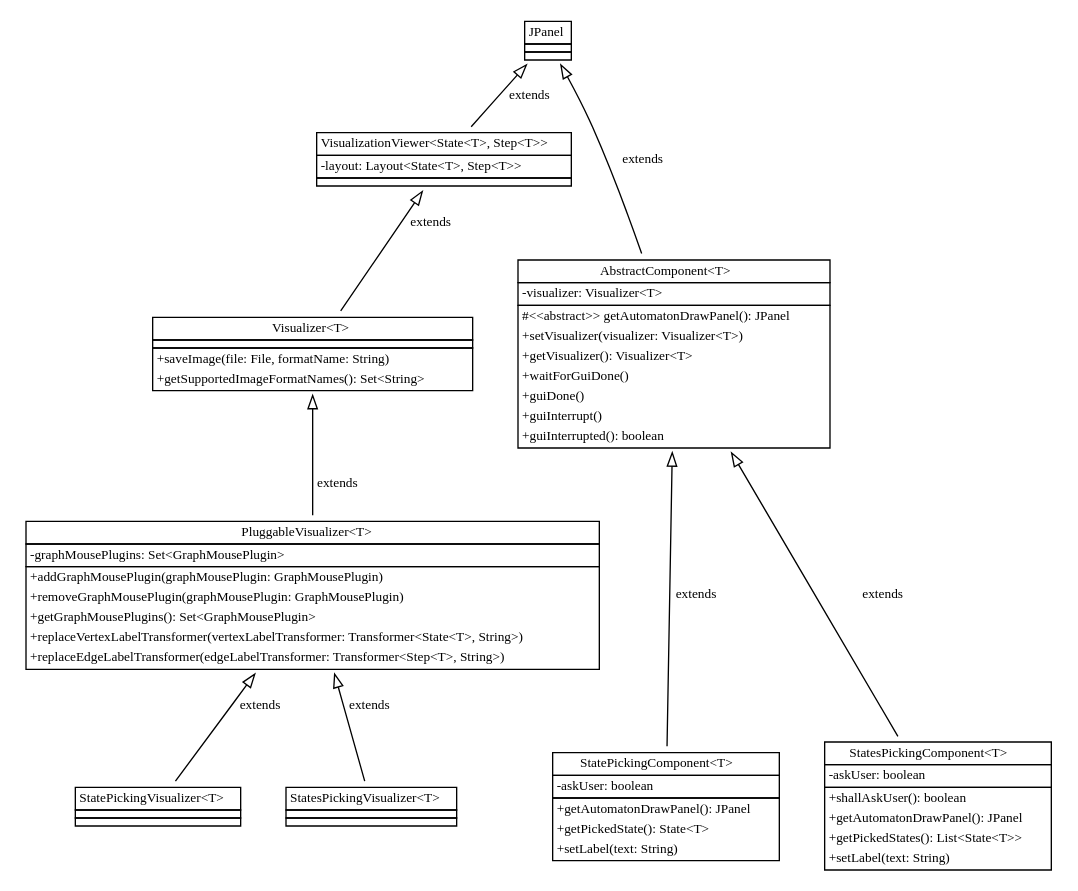
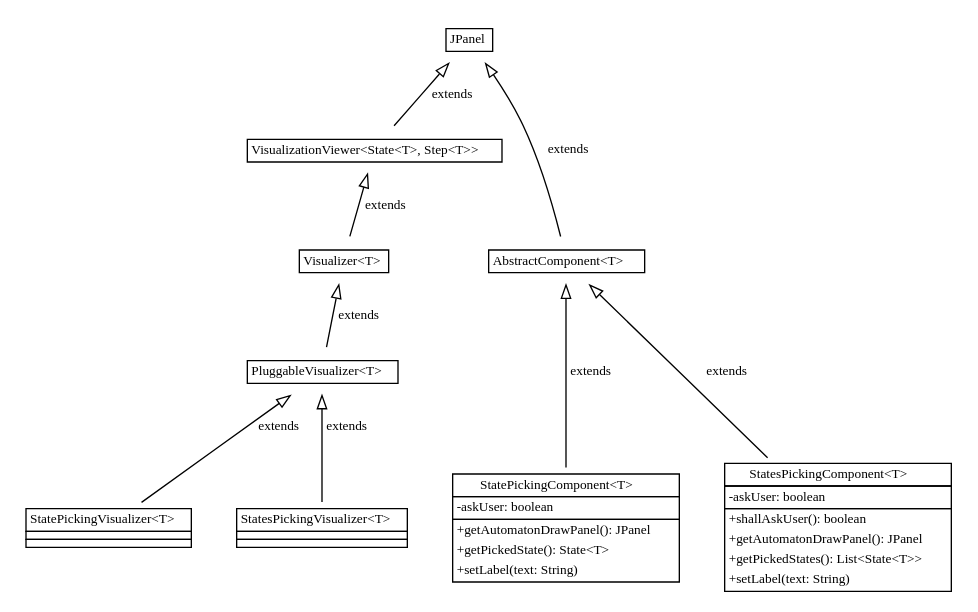
Before and after one commit to otmarjr/jInfer-fork: the diagram in doc/jInfer/autoeditor/uml_derived_classes.gv, drawn with Graphviz. The commit also changed 6 other files, not shown here.

```diff
--- a/doc/jInfer/autoeditor/uml_derived_classes.gv
+++ b/doc/jInfer/autoeditor/uml_derived_classes.gv
@@ -1,175 +1,130 @@
 digraph uml_basic_full {
 	rankdir = BT;
 	node [shape = rectangle, fontname = "TeXGyrePagella-Regular", fontsize = 10];
 	edge [fontname = "TeXGyrePagella-Regular", fontsize = 10, arrowhead = empty];
 
 {
 	rank = same;
 
 	JPanel [shape = plaintext, label = <
 	<table cellspacing="0" cellborder="1" border="0">
 		<tr><td>
 			<font face="TeXGyrePagella-Bold" point-size="10">JPanel</font>
 		</td></tr>
-		<tr><td></td></tr>
-		<tr><td></td></tr>
 	</table>>];
 }
 
 {
 	rank = same;
 
 	VisualizationViewer [shape = plaintext, label = <
 	<table cellspacing="0" cellborder="1" border="0">
 		<tr><td>
 			<font face="TeXGyrePagella-Bold" point-size="10">VisualizationViewer&lt;State&lt;T&gt;, Step&lt;T&gt;&gt;</font>
 		</td></tr>
-		<tr><td cellpadding="0">
-			<table cellspacing="0" cellborder="0" border="0">
-				<tr><td align="left"><font face="SFTT1000">-layout: Layout&lt;State&lt;T&gt;, Step&lt;T&gt;&gt;</font></td></tr>
-			</table>
-		</td></tr>
-		<tr><td></td></tr>
 	</table>>];
 }
 
 {
 	rank = same;
 
 	Visualizer [shape = plaintext, label = <
 	<table cellspacing="0" cellborder="1" border="0">
 		<tr><td>
-			<font face="TeXGyrePagella-BoldItalic" point-size="10">Visualizer&lt;T&gt;</font>
-		</td></tr>
-		<tr><td></td></tr>
-		<tr><td cellpadding="0">
-			<table cellspacing="0" cellborder="0" border="0">
-				<tr><td align="left"><font face="SFTT1000">+saveImage(file: File, formatName: String)</font></td></tr>
-				<tr><td align="left"><font face="SFTT1000">+getSupportedImageFormatNames(): Set&lt;String&gt;</font></td></tr>
-			</table>
+			<font face="TeXGyrePagella-Bold" point-size="10">Visualizer&lt;T&gt;</font>
 		</td></tr>
 	</table>>];
 	
 	AbstractComponent [shape = plaintext, label = <
 	<table cellspacing="0" cellborder="1" border="0">
 		<tr><td>
 			<font face="TeXGyrePagella-BoldItalic" point-size="10">AbstractComponent&lt;T&gt;</font>
-		</td></tr>
-		<tr><td cellpadding="0">
-			<table cellspacing="0" cellborder="0" border="0">
-				<tr><td align="left"><font face="SFTT1000">-visualizer: Visualizer&lt;T&gt;</font></td></tr>
-			</table>
-		</td></tr>
-		<tr><td cellpadding="0">
-			<table cellspacing="0" cellborder="0" border="0">
-				<tr><td align="left"><font face="SFTT1000">#&lt;&lt;abstract&gt;&gt; getAutomatonDrawPanel(): JPanel</font></td></tr>
-				<tr><td align="left"><font face="SFTT1000">+setVisualizer(visualizer: Visualizer&lt;T&gt;)</font></td></tr>
-				<tr><td align="left"><font face="SFTT1000">+getVisualizer(): Visualizer&lt;T&gt;</font></td></tr>
-				<tr><td align="left"><font face="SFTT1000">+waitForGuiDone()</font></td></tr>
-				<tr><td align="left"><font face="SFTT1000">+guiDone()</font></td></tr>
-				<tr><td align="left"><font face="SFTT1000">+guiInterrupt()</font></td></tr>
-				<tr><td align="left"><font face="SFTT1000">+guiInterrupted(): boolean</font></td></tr>
-			</table>
 		</td></tr>
 	</table>>];
 }
 
 {
 	rank = same;
 
 	PluggableVisualizer [shape = plaintext, label = <
 	<table cellspacing="0" cellborder="1" border="0">
 		<tr><td>
-			<font face="TeXGyrePagella-BoldItalic" point-size="10">PluggableVisualizer&lt;T&gt;</font>
-		</td></tr>
-		<tr><td cellpadding="0">
-			<table cellspacing="0" cellborder="0" border="0">
-				<tr><td align="left"><font face="SFTT1000">-graphMousePlugins: Set&lt;GraphMousePlugin&gt;</font></td></tr>
-			</table>
-		</td></tr>
-		<tr><td cellpadding="0">
-			<table cellspacing="0" cellborder="0" border="0">
-				<tr><td align="left"><font face="SFTT1000">+addGraphMousePlugin(graphMousePlugin: GraphMousePlugin)</font></td></tr>
-				<tr><td align="left"><font face="SFTT1000">+removeGraphMousePlugin(graphMousePlugin: GraphMousePlugin)</font></td></tr>
-				<tr><td align="left"><font face="SFTT1000">+getGraphMousePlugins(): Set&lt;GraphMousePlugin&gt;</font></td></tr>
-				<tr><td align="left"><font face="SFTT1000">+replaceVertexLabelTransformer(vertexLabelTransformer: Transformer&lt;State&lt;T&gt;, String&gt;)</font></td></tr>
-				<tr><td align="left"><font face="SFTT1000">+replaceEdgeLabelTransformer(edgeLabelTransformer: Transformer&lt;Step&lt;T&gt;, String&gt;)</font></td></tr>
-			</table>
+			<font face="TeXGyrePagella-Bold" point-size="10">PluggableVisualizer&lt;T&gt;</font>
 		</td></tr>
 	</table>>];
 }
 
 {
 	rank = same;
 	
 	StatePickingVisualizer [shape = plaintext, label = <
 	<table cellspacing="0" cellborder="1" border="0">
 		<tr><td>
-			<font face="TeXGyrePagella-BoldItalic" point-size="10">StatePickingVisualizer&lt;T&gt;</font>
+			<font face="TeXGyrePagella-Bold" point-size="10">StatePickingVisualizer&lt;T&gt;</font>
 		</td></tr>
 		<tr><td></td></tr>
 		<tr><td></td></tr>
 	</table>>];
 	
 	StatesPickingVisualizer [shape = plaintext, label = <
 	<table cellspacing="0" cellborder="1" border="0">
 		<tr><td>
-			<font face="TeXGyrePagella-BoldItalic" point-size="10">StatesPickingVisualizer&lt;T&gt;</font>
+			<font face="TeXGyrePagella-Bold" point-size="10">StatesPickingVisualizer&lt;T&gt;</font>
 		</td></tr>
 		<tr><td></td></tr>
 		<tr><td></td></tr>
 	</table>>];
 	
 	StatePickingComponent [shape = plaintext, label = <
 	<table cellspacing="0" cellborder="1" border="0">
 		<tr><td>
-			<font face="TeXGyrePagella-BoldItalic" point-size="10">StatePickingComponent&lt;T&gt;</font>
+			<font face="TeXGyrePagella-Bold" point-size="10">StatePickingComponent&lt;T&gt;</font>
 		</td></tr>
 		<tr><td cellpadding="0">
 			<table cellspacing="0" cellborder="0" border="0">
 				<tr><td align="left"><font face="SFTT1000">-askUser: boolean</font></td></tr>
 			</table>
 		</td></tr>
 		<tr><td cellpadding="0">
 			<table cellspacing="0" cellborder="0" border="0">
 				<tr><td align="left"><font face="SFTT1000">+getAutomatonDrawPanel(): JPanel</font></td></tr>
 				<tr><td align="left"><font face="SFTT1000">+getPickedState(): State&lt;T&gt;</font></td></tr>
 				<tr><td align="left"><font face="SFTT1000">+setLabel(text: String)</font></td></tr>
 			</table>
 		</td></tr>
 	</table>>];
 
 	StatesPickingComponent [shape = plaintext, label = <
 	<table cellspacing="0" cellborder="1" border="0">
 		<tr><td>
-			<font face="TeXGyrePagella-BoldItalic" point-size="10">StatesPickingComponent&lt;T&gt;</font>
+			<font face="TeXGyrePagella-Bold" point-size="10">StatesPickingComponent&lt;T&gt;</font>
 		</td></tr>
 		<tr><td cellpadding="0">
 			<table cellspacing="0" cellborder="0" border="0">
 				<tr><td align="left"><font face="SFTT1000">-askUser: boolean</font></td></tr>
 			</table>
 		</td></tr>
 		<tr><td cellpadding="0">
 			<table cellspacing="0" cellborder="0" border="0">
 				<tr><td align="left"><font face="SFTT1000">+shallAskUser(): boolean</font></td></tr>
 				<tr><td align="left"><font face="SFTT1000">+getAutomatonDrawPanel(): JPanel</font></td></tr>
 				<tr><td align="left"><font face="SFTT1000">+getPickedStates(): List&lt;State&lt;T&gt;&gt;</font></td></tr>
 				<tr><td align="left"><font face="SFTT1000">+setLabel(text: String)</font></td></tr>
 			</table>
 		</td></tr>
 	</table>>];
 }
 
 AbstractComponent -> JPanel [label = "extends"];
 VisualizationViewer -> JPanel [label = "extends"];
 
 Visualizer -> VisualizationViewer [label = "extends"];
 
 PluggableVisualizer -> Visualizer [label = "extends"];
 
 StatePickingVisualizer -> PluggableVisualizer [label = "extends"];
 StatesPickingVisualizer -> PluggableVisualizer [label = "extends"];
 StatePickingComponent -> AbstractComponent [label = "extends"];
 StatesPickingComponent -> AbstractComponent [label = "extends"];
 
 }
```
